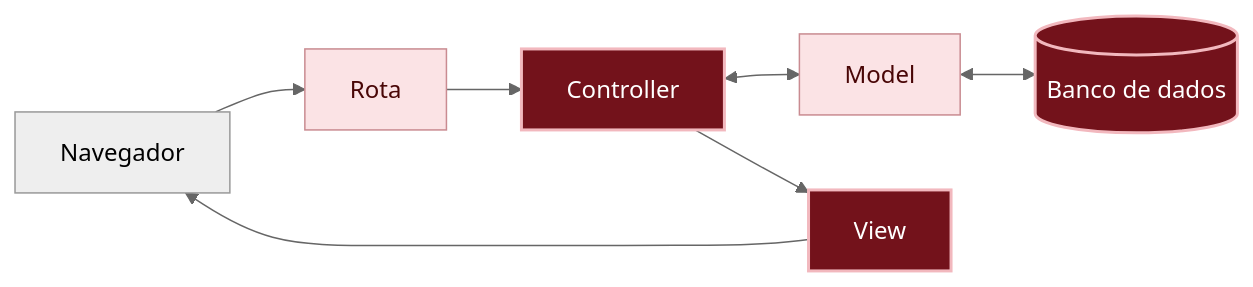
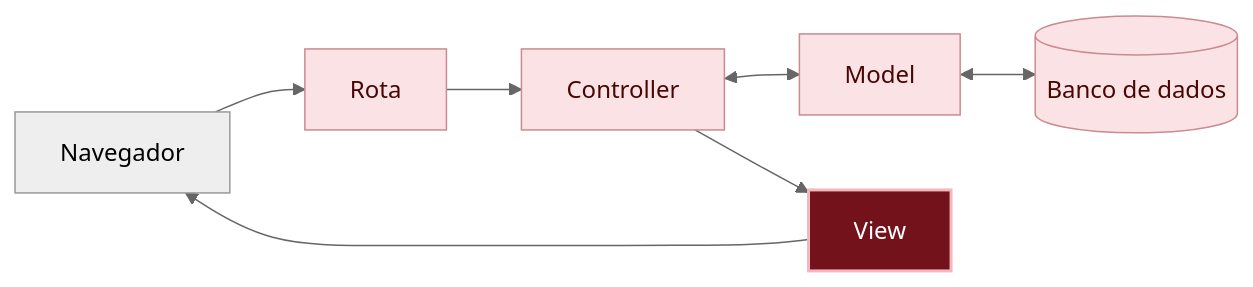
Before and after one commit to RailsGirls-SP/guia-railsgirls-sp: the diagram in projetos/mural-de-recados/06-como-deixar-o-mural-mais-bonito/o-que-aconteceu.md, drawn with Mermaid (neutral theme). The commit also changed other lines of this file and 35 other files, not shown here.

````diff
--- a/projetos/mural-de-recados/06-como-deixar-o-mural-mais-bonito/o-que-aconteceu.md
+++ b/projetos/mural-de-recados/06-como-deixar-o-mural-mais-bonito/o-que-aconteceu.md
@@ -23,12 +20,12 @@
 ```mermaid
 flowchart LR
   Navegador --> Rota --> Controller
   Controller <--> Model
   Model <--> Banco[(Banco de dados)]
   Controller --> View --> Navegador
 
   classDef aqui fill:#73121b,stroke:#f2b8be,stroke-width:2px,color:#fff
   classDef visto fill:#fbe3e5,stroke:#c98b91,color:#490606
-  class Controller,Banco,View aqui
-  class Rota,Model visto
+  class View aqui
+  class Rota,Controller,Model,Banco visto
 ```
````
